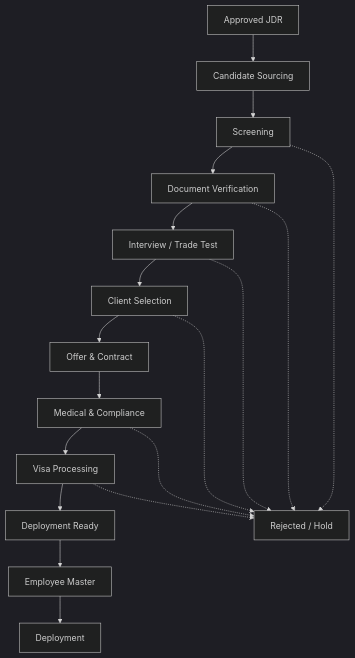
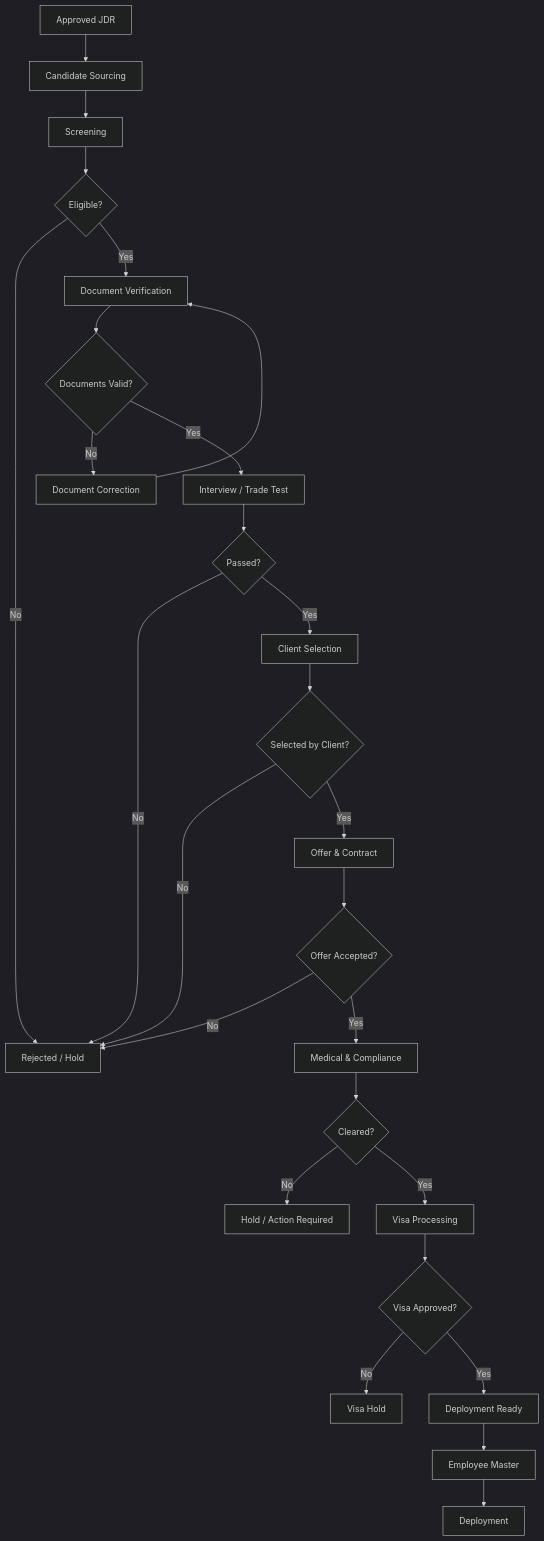
Before and after one commit to Plug0007/erpnext-niglobal: the sixth of 25 diagrams in README.md, drawn with Mermaid (dark theme). The commit also changed other lines of this file, not shown here.

````diff
--- a/README.md
+++ b/README.md
@@ -300,48 +324,43 @@
 ```mermaid
 flowchart TD
     %% =========================================================
     %% OVERSEAS RECRUITMENT
-    %% Candidate lifecycle for overseas manpower recruitment.
+    %% Candidate lifecycle for overseas manpower.
     %% =========================================================
 
     A["Approved JDR"]
-        --> B["Candidate Sourcing"]
-
-    %% Basic candidate eligibility check.
+    A --> B["Candidate Sourcing"]
     B --> C["Screening"]
 
-    %% Verify required candidate documents.
-    C --> D["Document Verification"]
+    C --> D{"Eligible?"}
+    D -->|No| X["Rejected / Hold"]
+    D -->|Yes| E["Document Verification"]
 
-    %% Interview and technical/trade assessment.
-    D --> E["Interview / Trade Test"]
+    E --> F{"Documents Valid?"}
+    F -->|No| G["Document Correction"]
+    G --> E
+    F -->|Yes| H["Interview / Trade Test"]
 
-    %% Client reviews shortlisted candidates.
-    E --> F["Client Selection"]
+    H --> I{"Passed?"}
+    I -->|No| X
+    I -->|Yes| J["Client Selection"]
 
-    %% Selected candidate receives employment terms.
-    F --> G["Offer & Contract"]
+    J --> K{"Selected by Client?"}
+    K -->|No| X
+    K -->|Yes| L["Offer & Contract"]
 
-    %% Overseas compliance checks.
-    G --> H["Medical & Compliance"]
+    L --> M{"Offer Accepted?"}
+    M -->|No| X
+    M -->|Yes| N["Medical & Compliance"]
 
-    %% Visa / work authorization process.
-    H --> I["Visa Processing"]
+    N --> O{"Cleared?"}
+    O -->|No| P["Hold / Action Required"]
+    O -->|Yes| Q["Visa Processing"]
 
-    %% Candidate is prepared for overseas movement.
-    I --> J["Deployment Ready"]
+    Q --> R{"Visa Approved?"}
+    R -->|No| S["Visa Hold"]
+    R -->|Yes| T["Deployment Ready"]
 
-    %% Successful candidate becomes an employee.
-    J --> K["Employee Master"]
-
-    %% Employee moves to deployment.
-    K --> L["Deployment"]
-
-    %% Recruitment can end at different points.
-    C -.-> X["Rejected / Hold"]
-    D -.-> X
-    E -.-> X
-    F -.-> X
-    H -.-> X
-    I -.-> X
+    T --> U["Employee Master"]
+    U --> V["Deployment"]
 ```
````
